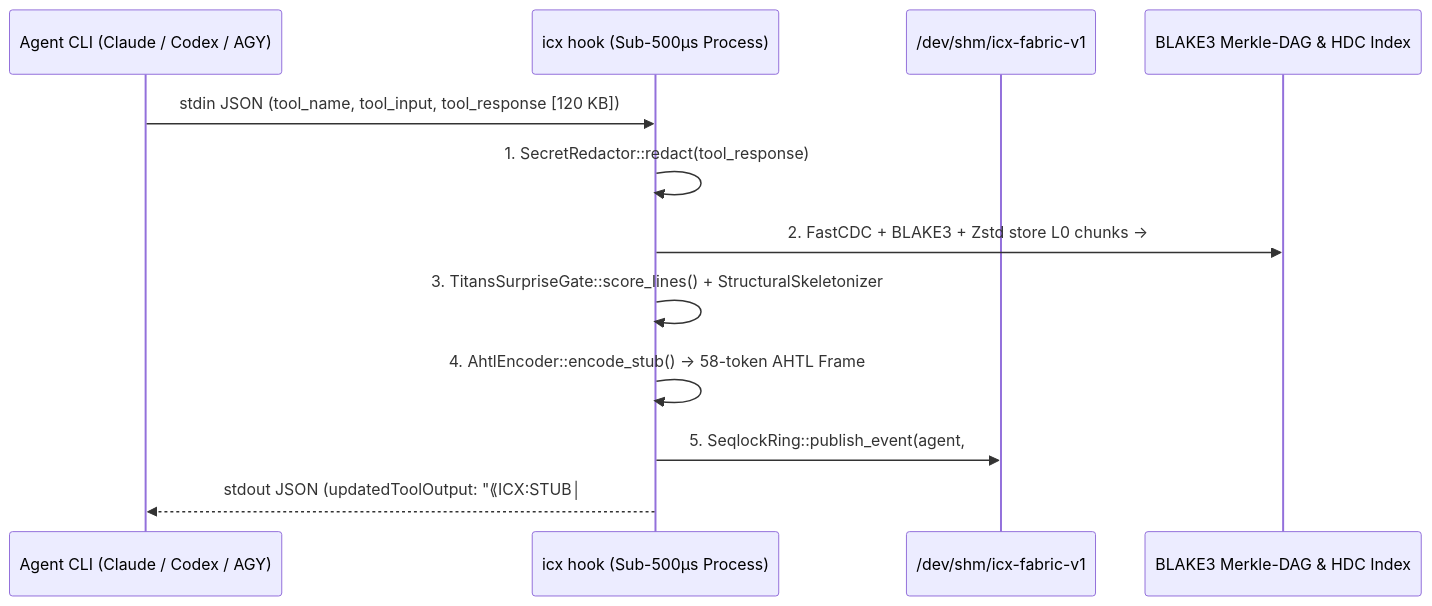
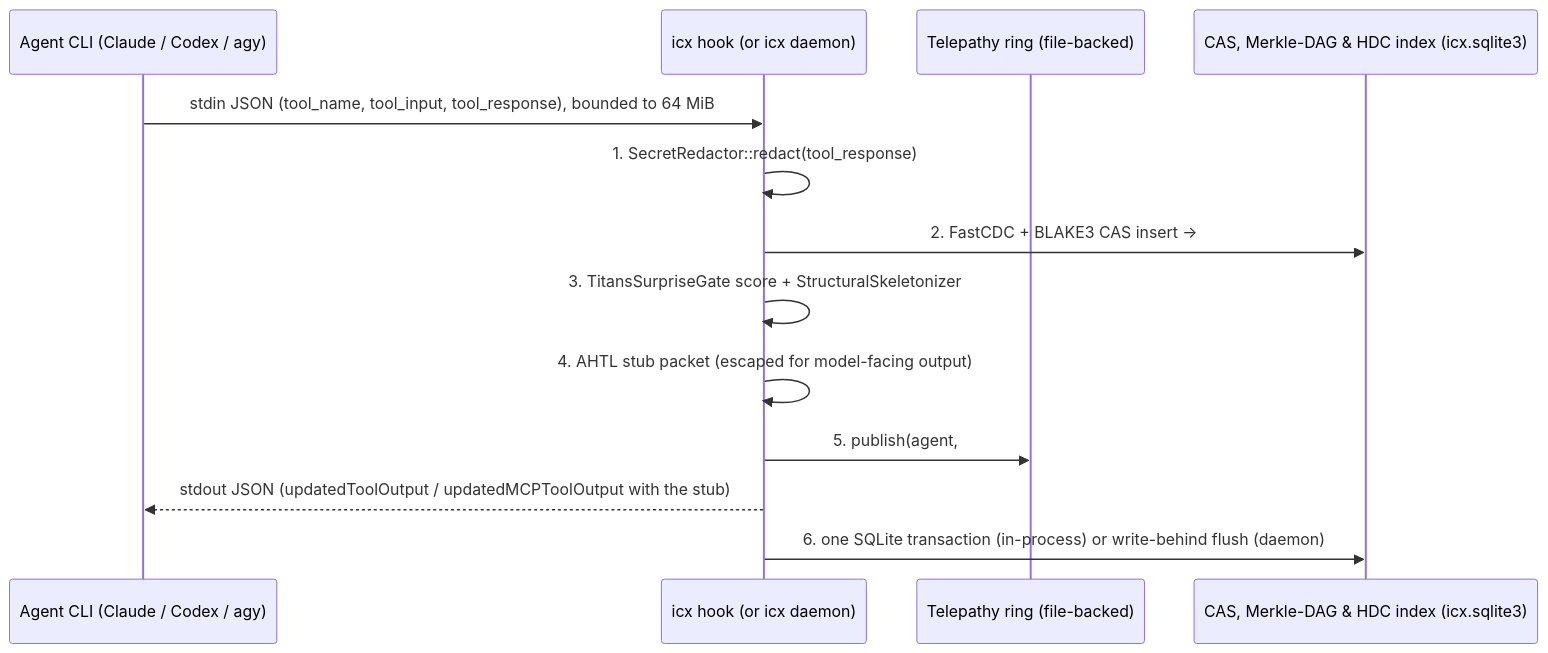
The second of 2 diagrams in docs/architecture.md (doublegate/Infinity-Context), drawn with Mermaid before and after one commit. The commit also changed other lines of this file and 146 other files, not shown here.

````diff
--- a/docs/architecture.md
+++ b/docs/architecture.md
@@ -60,15 +73,16 @@
 ```mermaid
 sequenceDiagram
-    participant Agent as Agent CLI (Claude / Codex / AGY)
-    participant Hook as icx hook (Sub-500µs Process)
-    participant Shm as /dev/shm/icx-fabric-v1
-    participant CAS as BLAKE3 Merkle-DAG & HDC Index
+    participant Agent as Agent CLI (Claude / Codex / agy)
+    participant Hook as icx hook (or icx daemon)
+    participant Bus as Telepathy ring (file-backed)
+    participant Store as CAS, Merkle-DAG & HDC index (icx.sqlite3)
 
-    Agent->>Hook: stdin JSON (tool_name, tool_input, tool_response [120 KB])
+    Agent->>Hook: stdin JSON (tool_name, tool_input, tool_response), bounded to 64 MiB
     Hook->>Hook: 1. SecretRedactor::redact(tool_response)
-    Hook->>CAS: 2. FastCDC + BLAKE3 + Zstd store L0 chunks -> #icx:7f3a91c0
-    Hook->>Hook: 3. TitansSurpriseGate::score_lines() + StructuralSkeletonizer
-    Hook->>Hook: 4. AhtlEncoder::encode_stub() -> 58-token AHTL Frame
-    Hook->>Shm: 5. SeqlockRing::publish_event(agent, #icx:7f3a91c0, hdc_sig, fractal_coord)
-    Hook-->>Agent: stdout JSON (updatedToolOutput: "⟪ICX:STUB│#icx:7f3a91c0...⟫")
+    Hook->>Store: 2. FastCDC + BLAKE3 CAS insert -> #icx:7f3a91c0d2e4b6a8
+    Hook->>Hook: 3. TitansSurpriseGate score + StructuralSkeletonizer
+    Hook->>Hook: 4. AHTL stub packet (escaped for model-facing output)
+    Hook->>Bus: 5. publish(agent, #icx:7f3a91c0d2e4b6a8, hdc_sketch, fractal_q15, packet)
+    Hook-->>Agent: stdout JSON (updatedToolOutput / updatedMCPToolOutput with the stub)
+    Hook->>Store: 6. one SQLite transaction (in-process) or write-behind flush (daemon)
 ```
````
